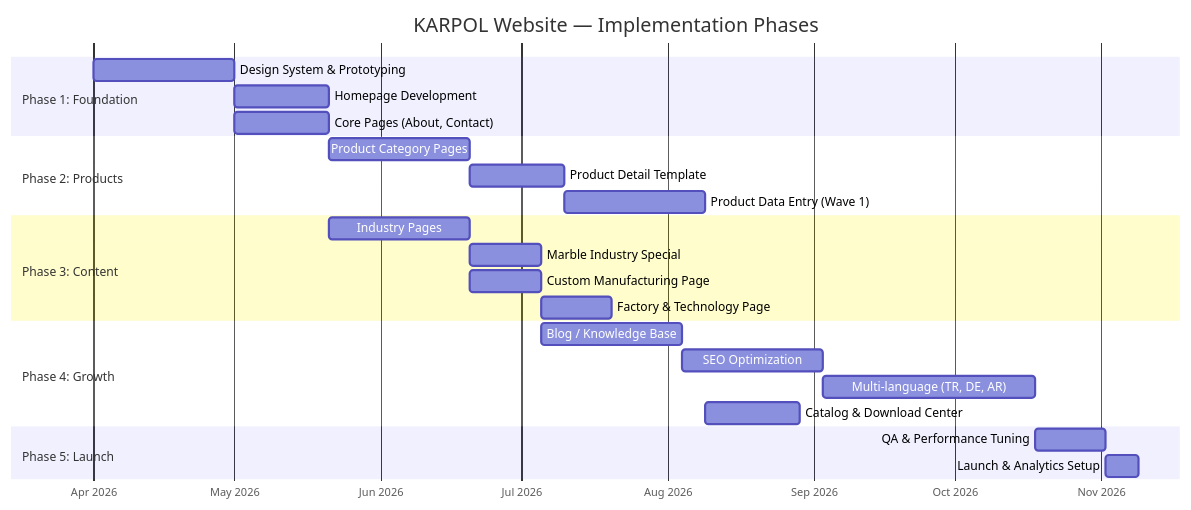
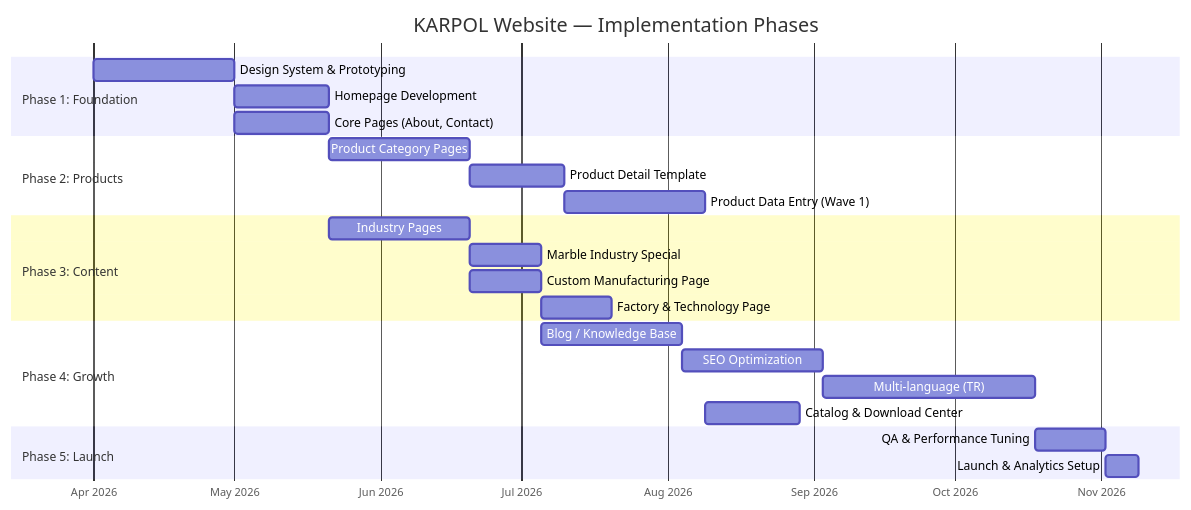
Before and after one commit to talukbatuhan/karpol: the fifth of 5 diagrams in docs/strategy/website-strategy.md, drawn with Mermaid. The commit also changed other lines of this file and 49 other files, not shown here.

````diff
--- a/docs/strategy/website-strategy.md
+++ b/docs/strategy/website-strategy.md
@@ -588,32 +588,32 @@
 ```mermaid
 gantt
     title KARPOL Website — Implementation Phases
     dateFormat  YYYY-MM
     axisFormat  %b %Y
 
     section Phase 1: Foundation
     Design System & Prototyping     :a1, 2026-04, 30d
     Homepage Development            :a2, after a1, 20d
     Core Pages (About, Contact)     :a3, after a1, 20d
 
     section Phase 2: Products
     Product Category Pages          :b1, after a2, 30d
     Product Detail Template         :b2, after b1, 20d
     Product Data Entry (Wave 1)     :b3, after b2, 30d
 
     section Phase 3: Content
     Industry Pages                  :c1, after a2, 30d
     Marble Industry Special         :c2, after c1, 15d
     Custom Manufacturing Page       :c3, after c1, 15d
     Factory & Technology Page       :c4, after c3, 15d
 
     section Phase 4: Growth
     Blog / Knowledge Base           :d1, after c2, 30d
     SEO Optimization                :d2, after d1, 30d
-    Multi-language (TR, DE, AR)     :d3, after d2, 45d
+    Multi-language (TR)             :d3, after d2, 45d
     Catalog & Download Center       :d4, after b3, 20d
 
     section Phase 5: Launch
     QA & Performance Tuning         :e1, after d3, 15d
     Launch & Analytics Setup        :e2, after e1, 7d
 ```
````
